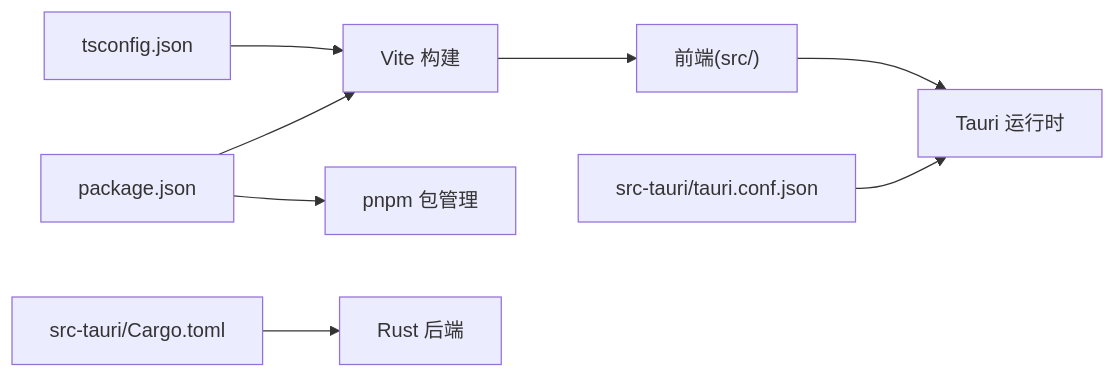
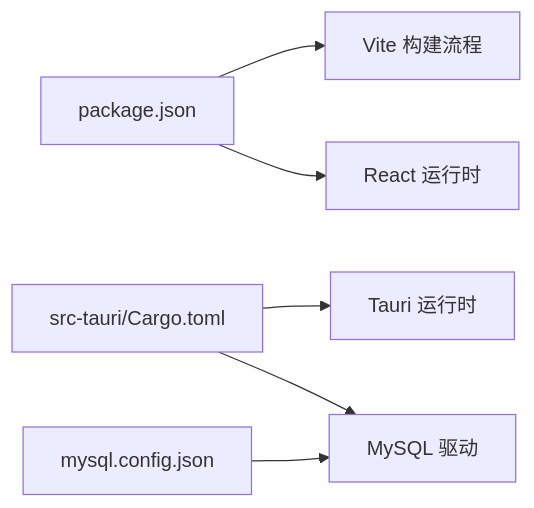
The third of 3 diagrams in .qoder/repowiki/zh/content/项目概述/快速开始.md (gzdxhujiale/FishWorker), drawn with Mermaid before and after one commit. The commit also changed other lines of this file and 238 other files, not shown here.

````diff
--- a/.qoder/repowiki/zh/content/项目概述/快速开始.md
+++ b/.qoder/repowiki/zh/content/项目概述/快速开始.md
@@ -241,10 +204,8 @@
 ```mermaid
 graph LR
-Pkg["package.json"] --> Vite["Vite 构建"]
-Pkg --> PNPM["pnpm 包管理"]
-TS["tsconfig.json"] --> Vite
-Vite --> FE["前端(src/)"]
-TauriConf["src-tauri/tauri.conf.json"] --> Tauri["Tauri 运行时"]
-Cargo["src-tauri/Cargo.toml"] --> Rust["Rust 后端"]
-FE --> Tauri
+P["package.json"] --> V["Vite 构建流程"]
+P --> R["React 运行时"]
+C["src-tauri/Cargo.toml"] --> T["Tauri 运行时"]
+C --> M["MySQL 驱动"]
+MC["mysql.config.json"] --> M
 ```
````
